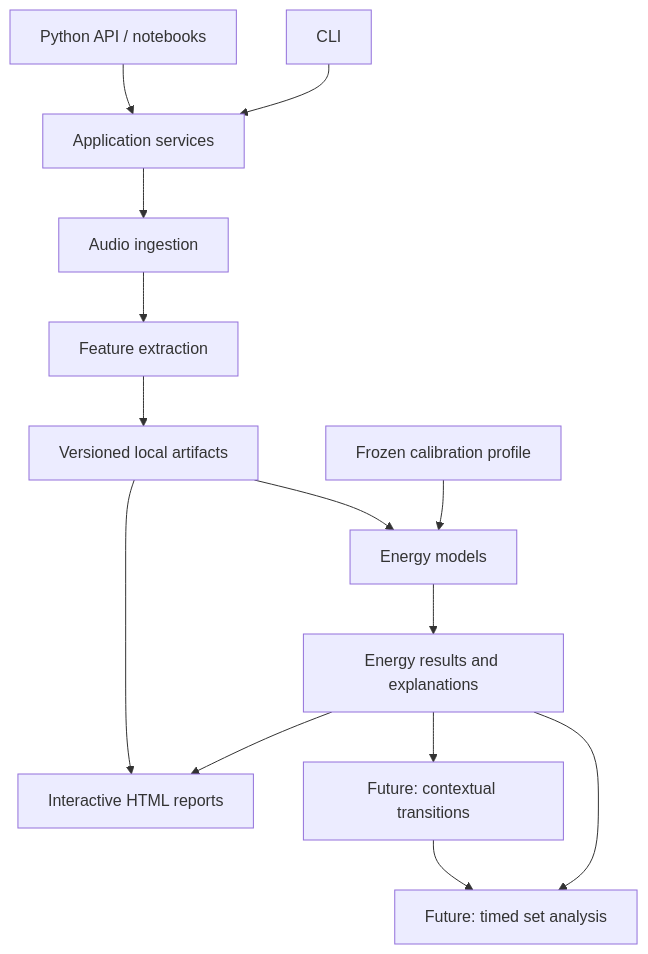
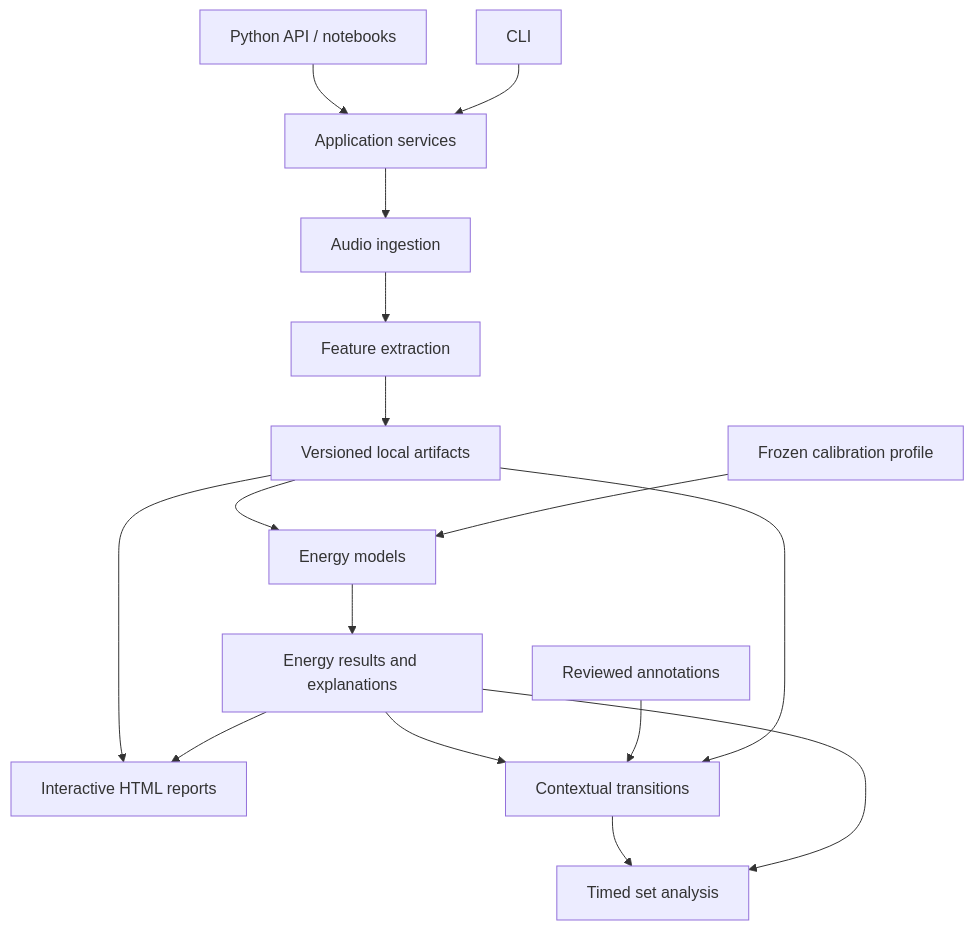
One commit to Diamonse/set-vector changed the diagram in docs/architecture.md. Above: the diagram before and after it, drawn with Mermaid. The commit also changed other lines of this file and 2 other files, not shown here.

Commit message:
docs(plan): integrate playlist engine prerequisites

````diff
--- a/docs/architecture.md
+++ b/docs/architecture.md
@@ -25,16 +25,18 @@
 ```mermaid
 flowchart TD
     CLI[CLI] --> APP[Application services]
     NB[Python API / notebooks] --> APP
     APP --> ING[Audio ingestion]
     ING --> FEAT[Feature extraction]
     FEAT --> STORE[Versioned local artifacts]
     CAL[Frozen calibration profile] --> ENERGY[Energy models]
     STORE --> ENERGY
     ENERGY --> RESULT[Energy results and explanations]
     RESULT --> REPORT[Interactive HTML reports]
     STORE --> REPORT
-    RESULT --> TRANS[Future: contextual transitions]
-    RESULT --> SET[Future: timed set analysis]
+    STORE --> TRANS[Contextual transitions]
+    ANN[Reviewed annotations] --> TRANS
+    RESULT --> TRANS
+    RESULT --> SET[Timed set analysis]
     TRANS --> SET
 ```
````
